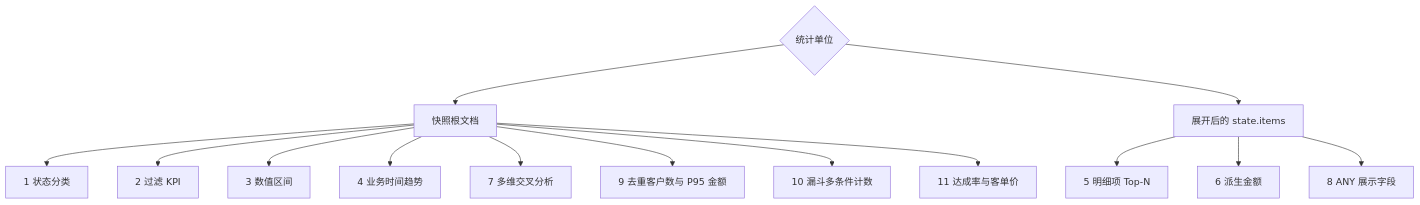
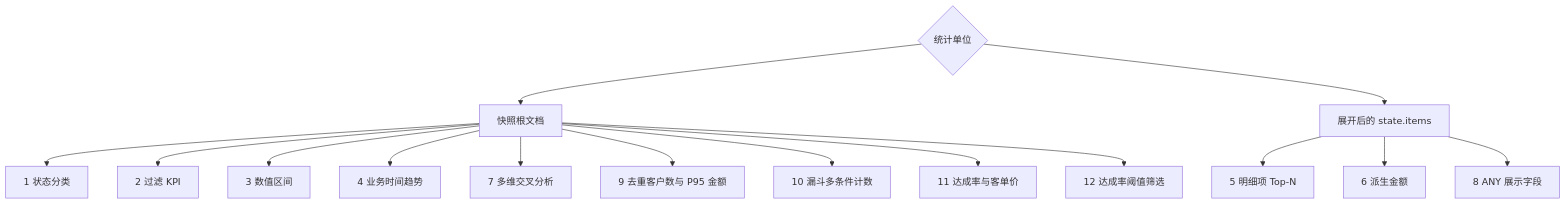
One commit to Ahoo-Wang/Wow changed the diagram in documentation/docs/zh/guide/query/snapshot-aggregation.md. Above: the diagram before and after it, drawn with Mermaid. The commit also changed other lines of this file and 22 other files, not shown here.

````diff
--- a/documentation/docs/zh/guide/query/snapshot-aggregation.md
+++ b/documentation/docs/zh/guide/query/snapshot-aggregation.md
@@ -26,16 +26,17 @@
 ```mermaid
 flowchart TB
     Unit{"统计单位"} --> Root["快照根文档"]
     Unit --> Item["展开后的 state.items"]
     Root --> S1["1 状态分类"]
     Root --> S2["2 过滤 KPI"]
     Root --> S3["3 数值区间"]
     Root --> S4["4 业务时间趋势"]
     Root --> S7["7 多维交叉分析"]
     Root --> S9["9 去重客户数与 P95 金额"]
     Root --> S10["10 漏斗多条件计数"]
     Root --> S11["11 达成率与客单价"]
+    Root --> S12["12 达成率阈值筛选"]
     Item --> S5["5 明细项 Top-N"]
     Item --> S6["6 派生金额"]
     Item --> S8["8 ANY 展示字段"]
 ```
````
